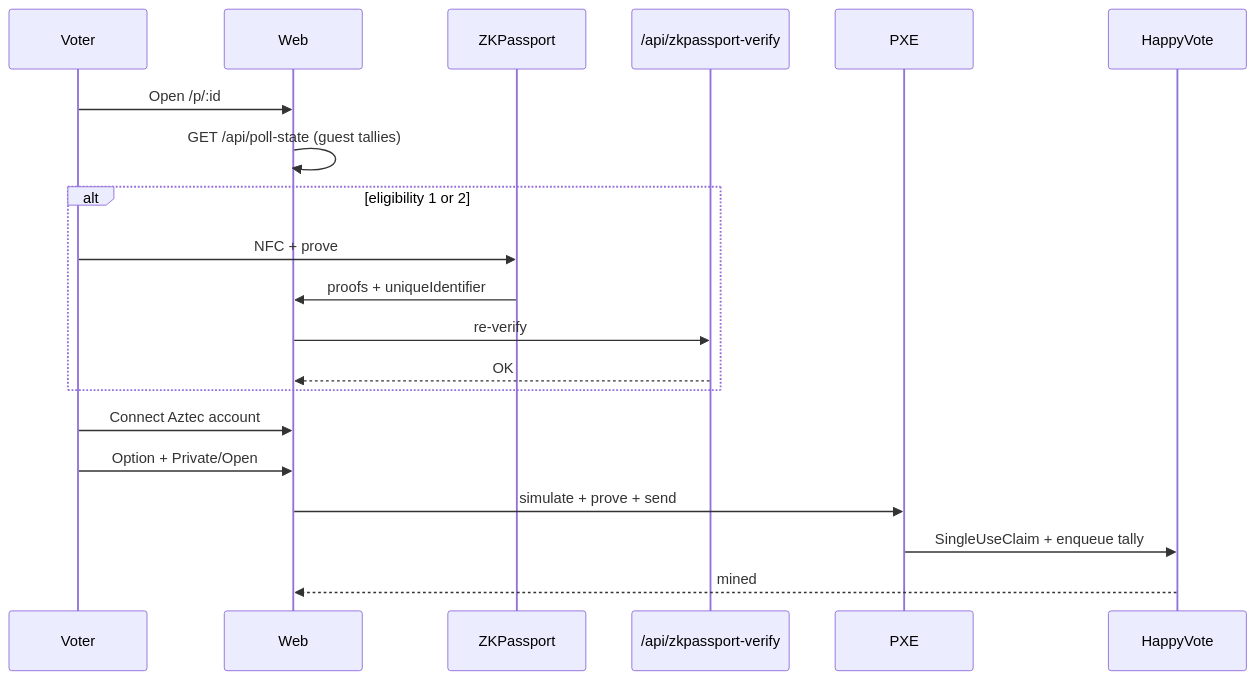
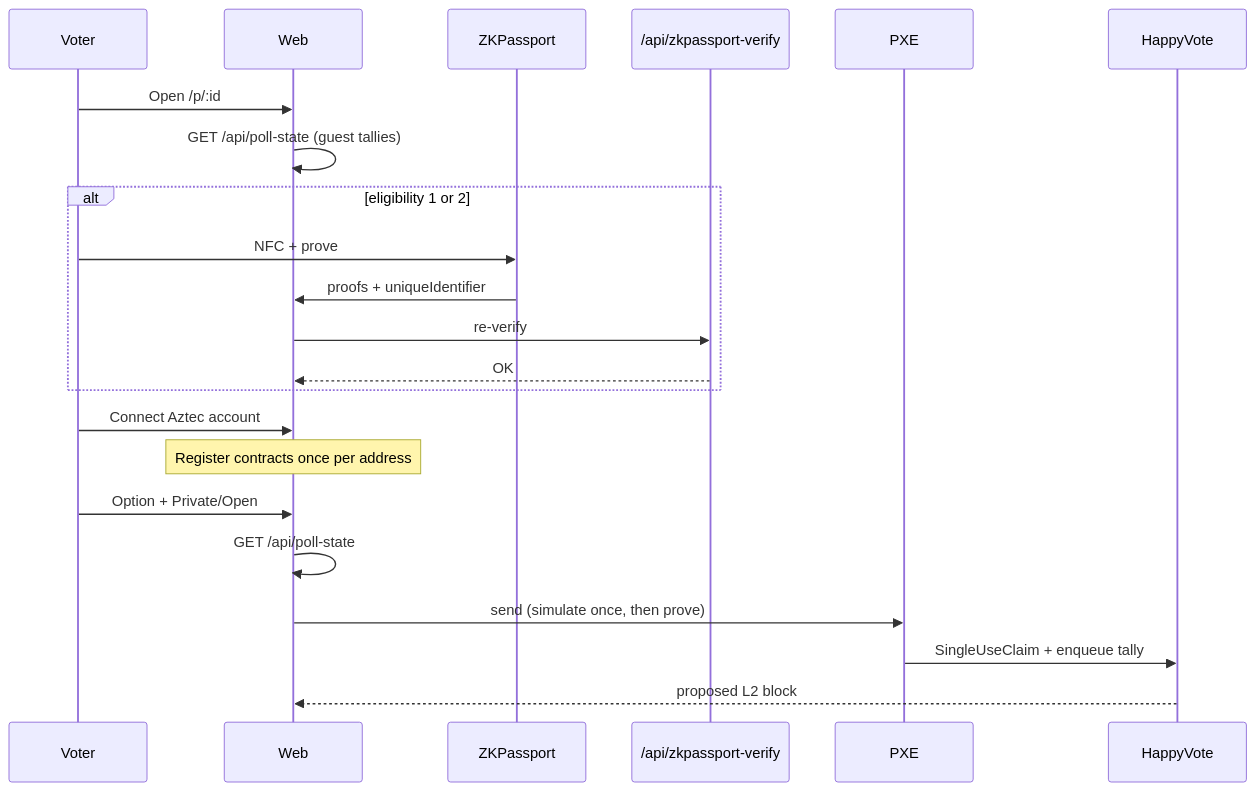
One commit to pittpv/happy-vote-aztec changed the second of 2 diagrams in docs/en/02-ARCHITECTURE.md. Above: the diagram before and after it, drawn with Mermaid. The commit also changed other lines of this file and 12 other files, not shown here.

````diff
--- a/docs/en/02-ARCHITECTURE.md
+++ b/docs/en/02-ARCHITECTURE.md
@@ -109,23 +109,25 @@
 ```mermaid
 sequenceDiagram
   participant U as Voter
   participant UI as Web
   participant Z as ZKPassport
   participant API as /api/zkpassport-verify
   participant PXE as PXE
   participant C as HappyVote
 
   U->>UI: Open /p/:id
   UI->>UI: GET /api/poll-state (guest tallies)
   alt eligibility 1 or 2
     U->>Z: NFC + prove
     Z->>UI: proofs + uniqueIdentifier
     UI->>API: re-verify
     API-->>UI: OK
   end
   U->>UI: Connect Aztec account
+  Note over UI: Register contracts once per address
   U->>UI: Option + Private/Open
-  UI->>PXE: simulate + prove + send
+  UI->>UI: GET /api/poll-state
+  UI->>PXE: send (simulate once, then prove)
   PXE->>C: SingleUseClaim + enqueue tally
-  C-->>UI: mined
+  C-->>UI: proposed L2 block
 ```
````
